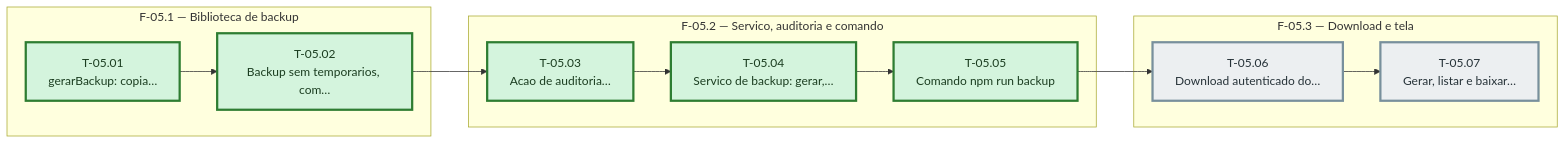
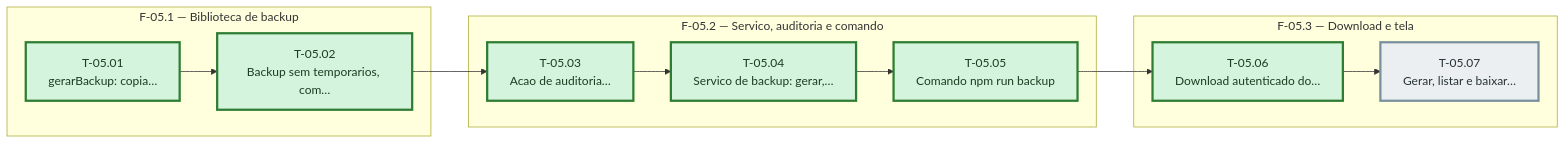
The diagram in docs/operacao-e-backup/sprint-05/fases.md (bittencourtthulio/converse-chatbot), drawn with Mermaid before and after one commit. The commit also changed other lines of this file and 4 other files, not shown here.

````diff
--- a/docs/operacao-e-backup/sprint-05/fases.md
+++ b/docs/operacao-e-backup/sprint-05/fases.md
@@ -38,38 +38,38 @@
 ```mermaid
 %% Grafo de tasks — sprint-05 — gerado pela sprintx a partir de tasks.md
 flowchart LR
   subgraph fase_05_1["F-05.1 — Biblioteca de backup"]
     T_05_01["T-05.01<br/>gerarBackup: copia…"]
     T_05_02["T-05.02<br/>Backup sem temporarios, com…"]
   end
   subgraph fase_05_2["F-05.2 — Servico, auditoria e comando"]
     T_05_03["T-05.03<br/>Acao de auditoria…"]
     T_05_04["T-05.04<br/>Servico de backup: gerar,…"]
     T_05_05["T-05.05<br/>Comando npm run backup"]
   end
   subgraph fase_05_3["F-05.3 — Download e tela"]
     T_05_06["T-05.06<br/>Download autenticado do…"]
     T_05_07["T-05.07<br/>Gerar, listar e baixar…"]
   end
   T_05_01 --> T_05_02
   T_05_02 --> T_05_03
   T_05_03 --> T_05_04
   T_05_04 --> T_05_05
   T_05_05 --> T_05_06
   T_05_06 --> T_05_07
 
   classDef concluida fill:#d4f4dd,stroke:#2e7d32,color:#1b3d20
   classDef andamento fill:#fff3cd,stroke:#b8860b,color:#4a3800
   classDef bloqueada fill:#f8d7da,stroke:#c62828,color:#4a1d1f
   classDef pendente  fill:#eceff1,stroke:#78909c,color:#263238
   classDef critico   stroke-width:3px
 
   class T_05_01 concluida
   class T_05_02 concluida
   class T_05_03 concluida
   class T_05_04 concluida
   class T_05_05 concluida
-  class T_05_06 pendente
+  class T_05_06 concluida
   class T_05_07 pendente
   class T_05_07,T_05_06,T_05_05,T_05_04,T_05_03,T_05_02,T_05_01 critico
 ```
````
